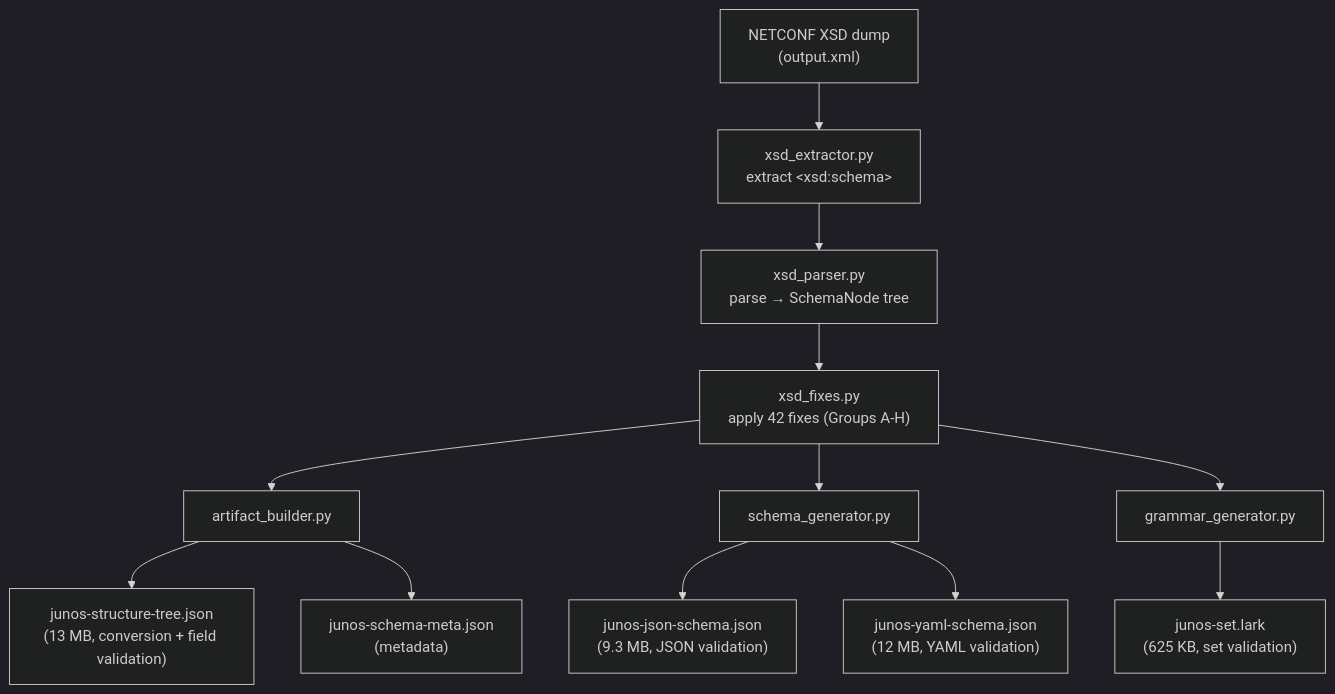
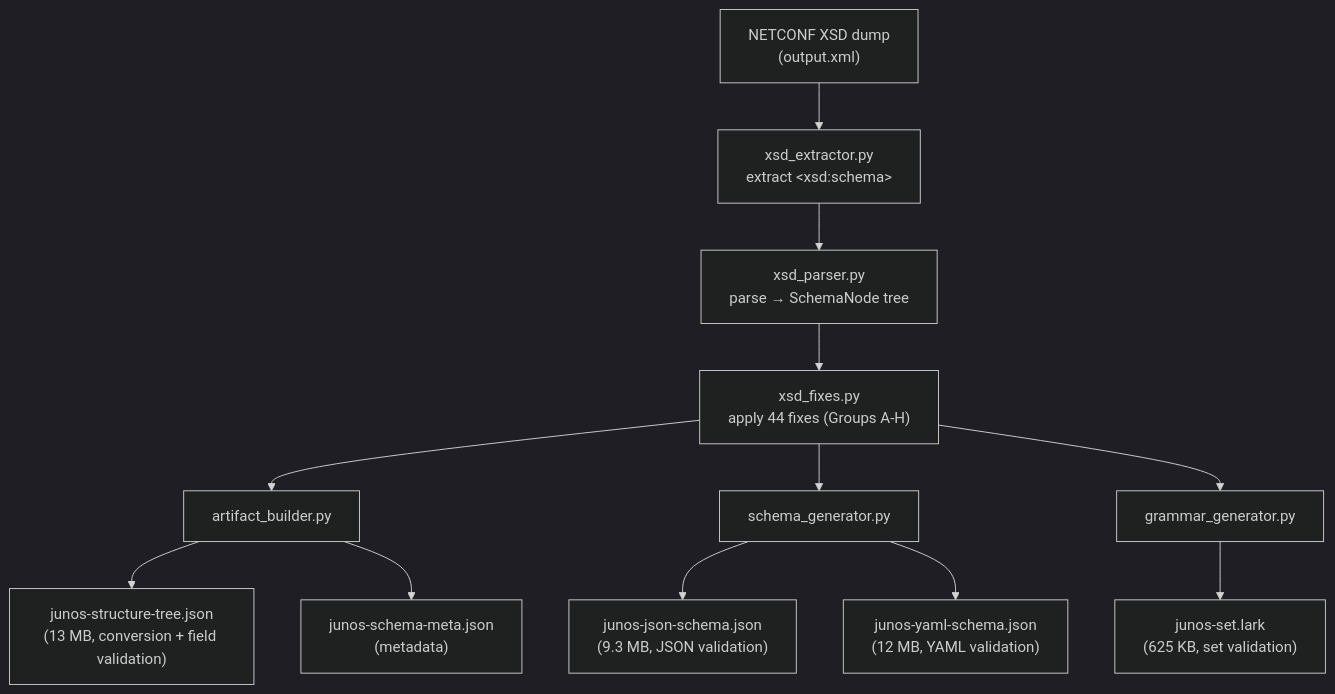
Before and after one commit to dg-i/junoscfg: the fifth of 8 diagrams in docs/architecture/developer-guide.md, drawn with Mermaid (dark theme). The commit also changed other lines of this file and 51 other files, not shown here.

````diff
--- a/docs/architecture/developer-guide.md
+++ b/docs/architecture/developer-guide.md
@@ -394,15 +394,15 @@
 ```mermaid
 flowchart TD
     XSD["NETCONF XSD dump\n(output.xml)"] --> EXT["xsd_extractor.py\nextract &lt;xsd:schema&gt;"]
     EXT --> PARSE["xsd_parser.py\nparse → SchemaNode tree"]
-    PARSE --> FIX["xsd_fixes.py\napply 42 fixes (Groups A-H)"]
+    PARSE --> FIX["xsd_fixes.py\napply 44 fixes (Groups A-H)"]
     FIX --> BUILD["artifact_builder.py"]
     FIX --> SGEN["schema_generator.py"]
     FIX --> GGEN["grammar_generator.py"]
 
     BUILD --> TREE["junos-structure-tree.json\n(13 MB, conversion + field validation)"]
     SGEN --> JSCHEMA["junos-json-schema.json\n(9.3 MB, JSON validation)"]
     SGEN --> YSCHEMA["junos-yaml-schema.json\n(12 MB, YAML validation)"]
     GGEN --> LARK["junos-set.lark\n(625 KB, set validation)"]
     BUILD --> META["junos-schema-meta.json\n(metadata)"]
 ```
````
